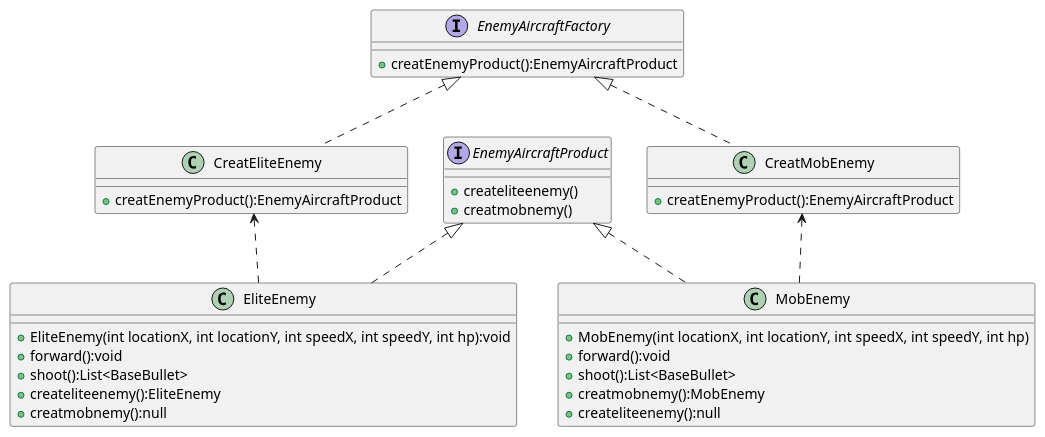
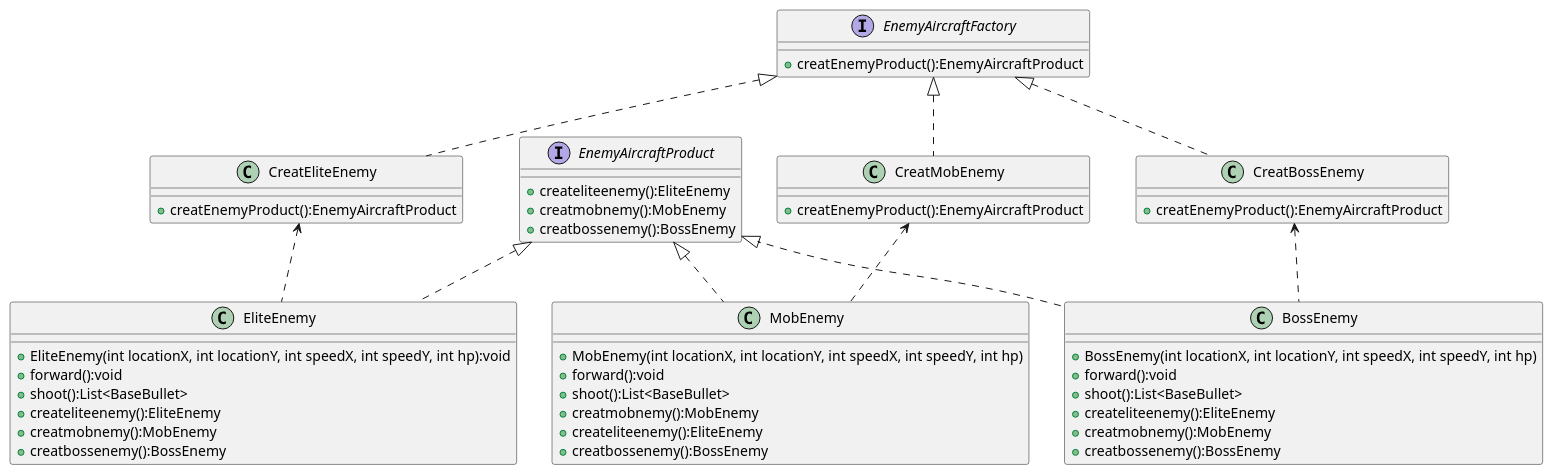
Before and after one commit to violence-max/GameAircraft: the diagram in uml/factory.puml, drawn with PlantUML. The commit also changed 6 other files, not shown here.

```diff
--- a/uml/factory.puml
+++ b/uml/factory.puml
@@ -1,46 +1,65 @@
 @startuml
 'https://plantuml.com/class-diagram
 
 interface EnemyAircraftFactory{
     + creatEnemyProduct():EnemyAircraftProduct
 }
 
 interface EnemyAircraftProduct{
-    + createliteenemy()
-    + creatmobnemy()
+    + createliteenemy():EliteEnemy
+    + creatmobnemy():MobEnemy
+    + creatbossenemy():BossEnemy
 }
 
 EnemyAircraftProduct <|.. EliteEnemy
 EnemyAircraftProduct <|.. MobEnemy
+EnemyAircraftProduct <|.. BossEnemy
 
 EnemyAircraftFactory <|.. CreatEliteEnemy
 EnemyAircraftFactory <|.. CreatMobEnemy
+EnemyAircraftFactory <|.. CreatBossEnemy
 
 CreatMobEnemy <.. MobEnemy
 CreatEliteEnemy <.. EliteEnemy
+CreatBossEnemy <.. BossEnemy
 
 class CreatEliteEnemy{
     + creatEnemyProduct():EnemyAircraftProduct
 }
 
 class CreatMobEnemy{
     + creatEnemyProduct():EnemyAircraftProduct
 }
 
+class CreatBossEnemy{
+    + creatEnemyProduct():EnemyAircraftProduct
+}
+
 class MobEnemy {
     + MobEnemy(int locationX, int locationY, int speedX, int speedY, int hp)
     + forward():void
     + shoot():List<BaseBullet>
     + creatmobnemy():MobEnemy
-    + createliteenemy():null
+    + createliteenemy():EliteEnemy
+    + creatbossenemy():BossEnemy
 }
 
 class EliteEnemy {
     + EliteEnemy(int locationX, int locationY, int speedX, int speedY, int hp):void
     + forward():void
     + shoot():List<BaseBullet>
     + createliteenemy():EliteEnemy
-    + creatmobnemy():null
+    + creatmobnemy():MobEnemy
+    + creatbossenemy():BossEnemy
+}
+
+class BossEnemy{
+    + BossEnemy(int locationX, int locationY, int speedX, int speedY, int hp)
+    + forward():void
+    + shoot():List<BaseBullet>
+    + createliteenemy():EliteEnemy
+    + creatmobnemy():MobEnemy
+    + creatbossenemy():BossEnemy
 }
 
 @enduml
```
